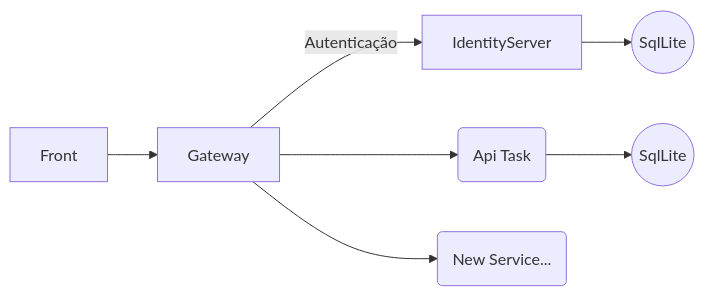
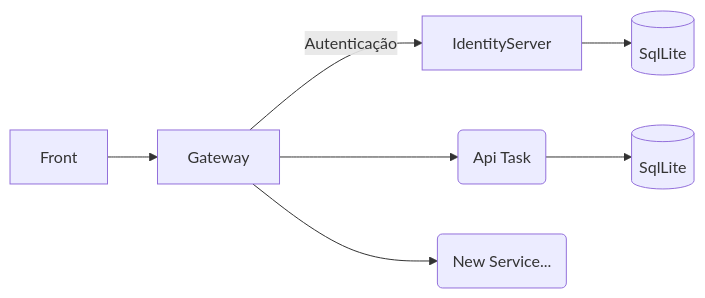
Before and after one commit to AdrianoGuzzo/PontaChallenge: the diagram in README.md, drawn with Mermaid.

````diff
--- a/README.md
+++ b/README.md
@@ -96,9 +96,9 @@
 ```mermaid
 graph LR
 A[Front] --> B[Gateway]
 B -- Autenticação --> C[IdentityServer]
 B --> D(Api Task)
 B --> G(New Service...)
-D --> E((SqlLite))
-C --> F((SqlLite))
+D --> E[("SqlLite")]
+C --> F[("SqlLite")]
 ```
````
